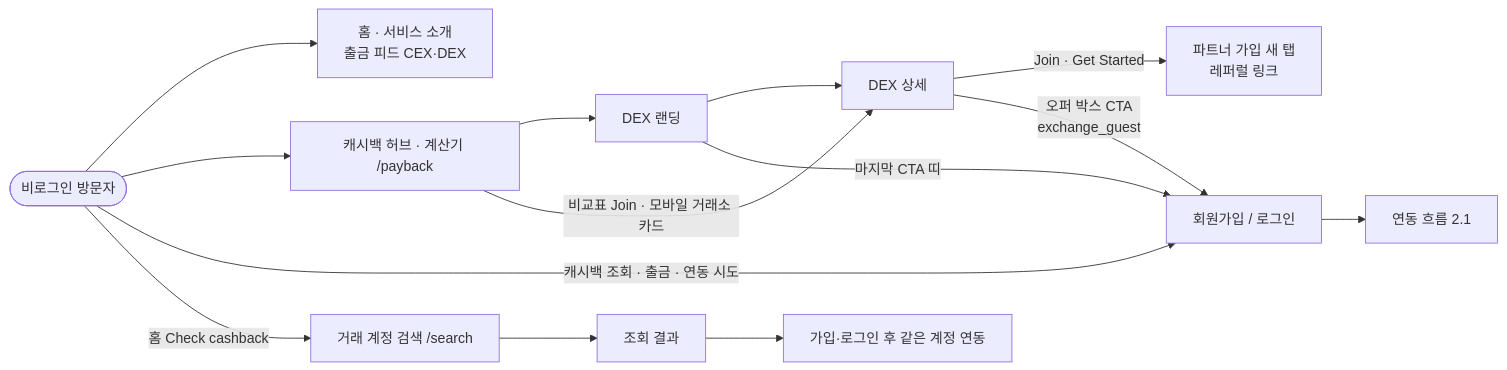
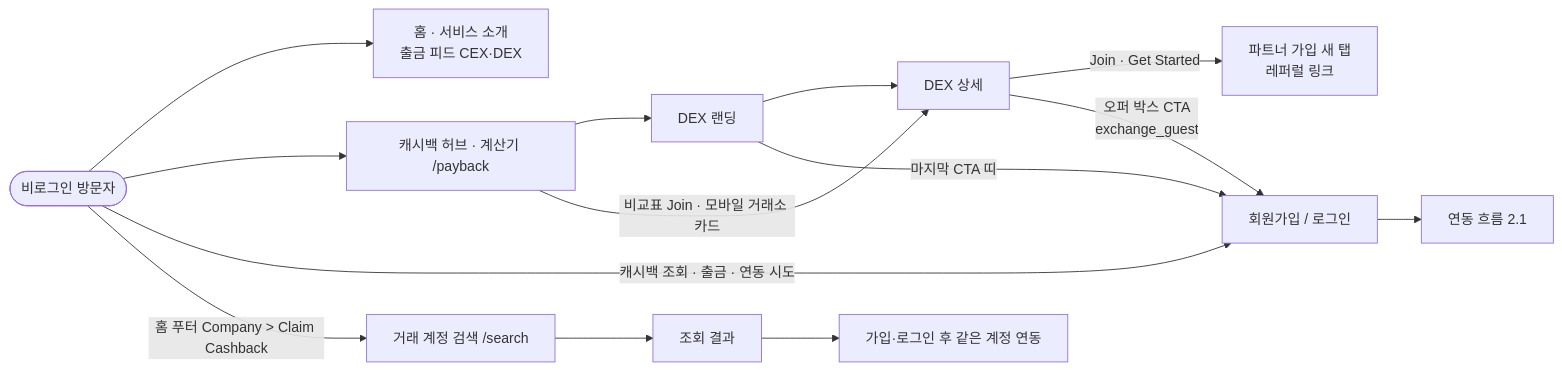
The fifth of 6 diagrams in 02.기획문서/정보구조도_사용자.md (matthewforwork1213-collab/dex), drawn with Mermaid before and after one commit. The commit also changed other lines of this file and 831 other files, not shown here.

````diff
--- a/02.기획문서/정보구조도_사용자.md
+++ b/02.기획문서/정보구조도_사용자.md
@@ -218,14 +218,14 @@
 ```mermaid
 flowchart LR
     G([비로그인 방문자]) --> H[홈 · 서비스 소개<br/>출금 피드 CEX·DEX]
     G --> HUB[캐시백 허브 · 계산기 /payback]
     HUB --> DXL[DEX 랜딩]
     DXL --> VEN[DEX 상세]
     HUB -->|비교표 Join · 모바일 거래소 카드| VEN
     VEN -->|Join · Get Started| EXT[파트너 가입 새 탭<br/>레퍼럴 링크]
     VEN -->|오퍼 박스 CTA<br/>exchange_guest| SU[회원가입 / 로그인]
     DXL -->|마지막 CTA 띠| SU
     G -->|캐시백 조회 · 출금 · 연동 시도| SU
     SU --> LNK[연동 흐름 2.1]
-    G -->|홈 Check cashback| X[거래 계정 검색 /search] --> Y[조회 결과] --> Z[가입·로그인 후 같은 계정 연동]
+    G -->|홈 푸터 Company > Claim Cashback| X[거래 계정 검색 /search] --> Y[조회 결과] --> Z[가입·로그인 후 같은 계정 연동]
 ```
````
